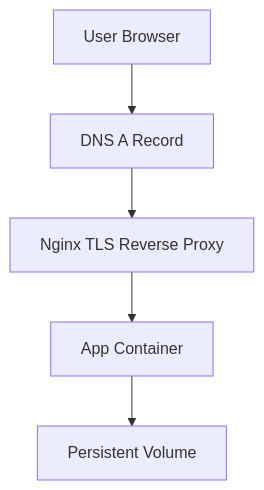
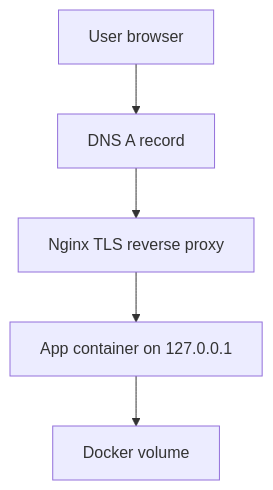
The diagram in docs/architecture.md (franklinnweke/linux-server-baseline), drawn with Mermaid before and after one commit. The commit also changed other lines of this file and 16 other files, not shown here.

````diff
--- a/docs/architecture.md
+++ b/docs/architecture.md
@@ -5,7 +5,7 @@
 ```mermaid
 flowchart TD
-  U[User Browser] --> D[DNS A Record]
-  D --> N[Nginx TLS Reverse Proxy]
-  N --> A[App Container]
-  A --> V[Persistent Volume]
+  U["User browser"] --> D["DNS A record"]
+  D --> N["Nginx TLS reverse proxy"]
+  N --> A["App container on 127.0.0.1"]
+  A --> V["Docker volume"]
 ```
````
